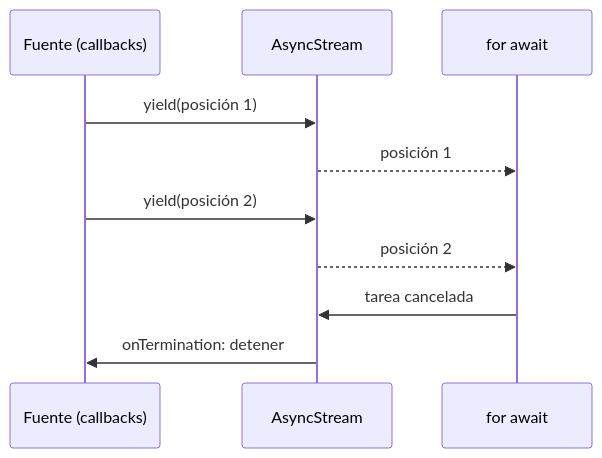
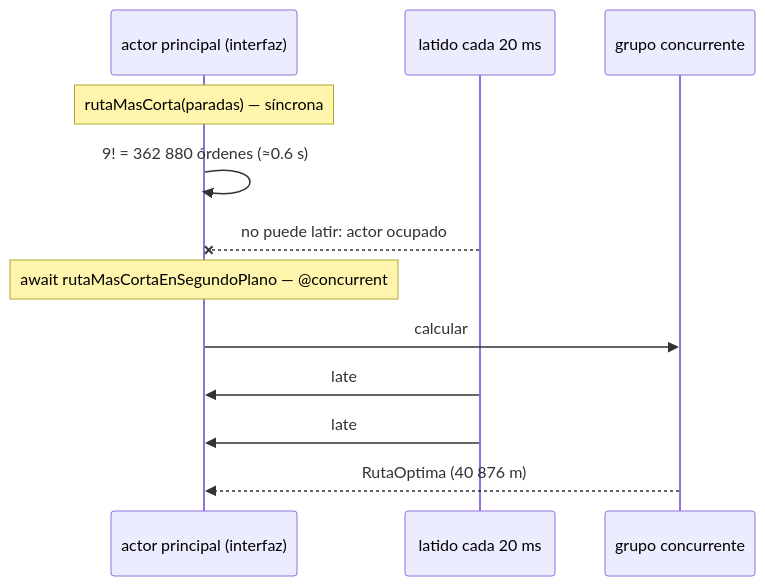
One commit to NICORUIZ93/The_Imperial_Book changed the fourth of 5 diagrams in web/public/content/ios/modulo-4.md. Above: the diagram before and after it, drawn with Mermaid. The commit also changed other lines of this file and 88 other files, not shown here.

````diff
--- a/web/public/content/ios/modulo-4.md
+++ b/web/public/content/ios/modulo-4.md
@@ -283,12 +1250,14 @@
 ```mermaid
 sequenceDiagram
-    participant F as Fuente (callbacks)
-    participant S as AsyncStream
-    participant C as for await
-    F->>S: yield(posición 1)
-    S-->>C: posición 1
-    F->>S: yield(posición 2)
-    S-->>C: posición 2
-    C->>S: tarea cancelada
-    S->>F: onTermination: detener
+    participant P as actor principal (interfaz)
+    participant L as latido cada 20 ms
+    participant C as grupo concurrente
+    Note over P: rutaMasCorta(paradas) — síncrona
+    P->>P: 9! = 362 880 órdenes (≈0.6 s)
+    L--xP: no puede latir: actor ocupado
+    Note over P: await rutaMasCortaEnSegundoPlano — @concurrent
+    P->>C: calcular
+    L->>P: late
+    L->>P: late
+    C-->>P: RutaOptima (40 876 m)
 ```
````
